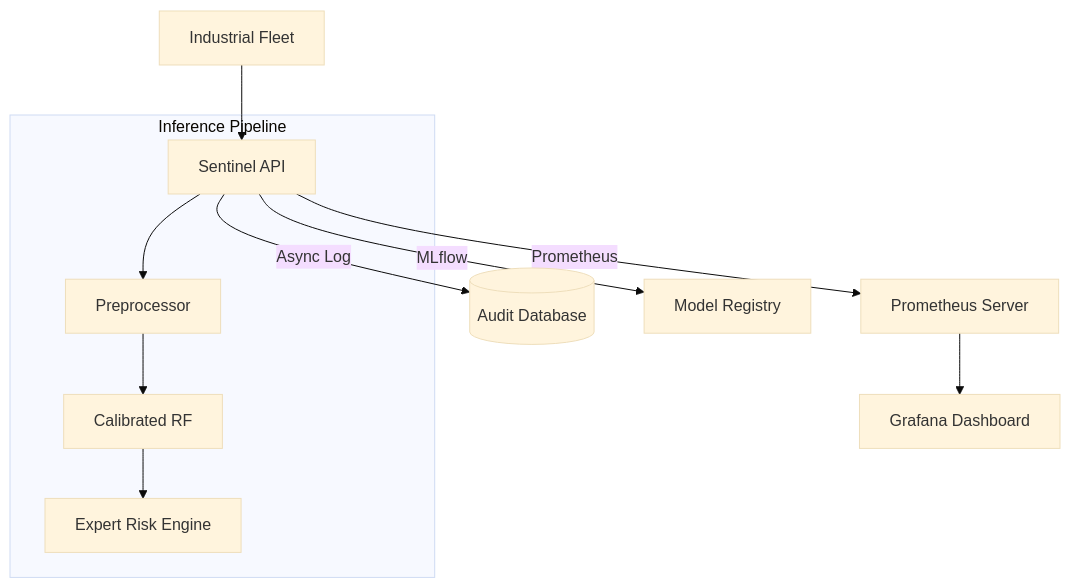
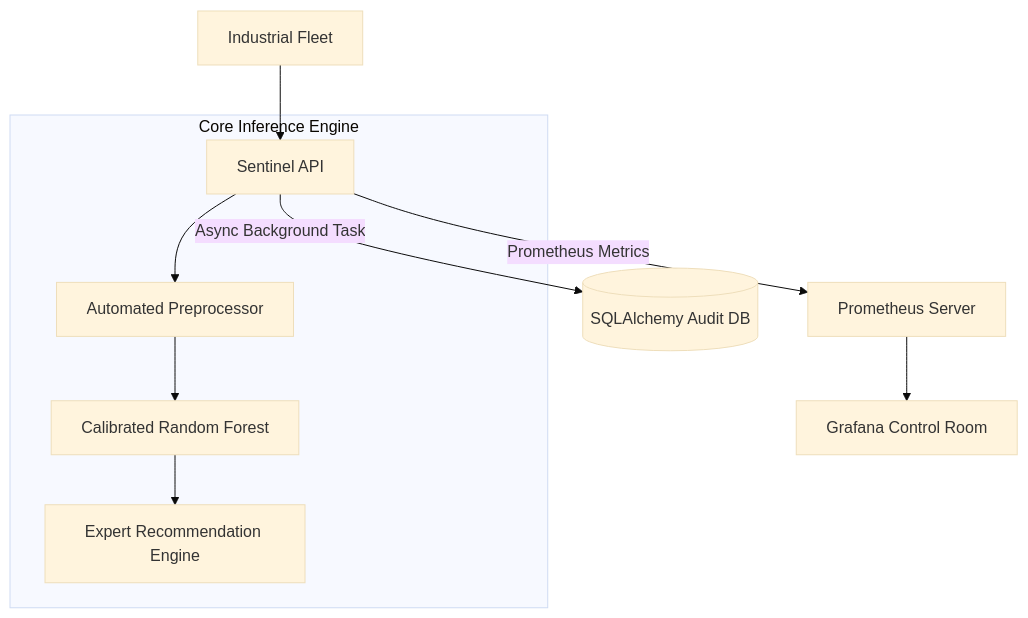
Before and after one commit to Chiheb-bt/predictive-maintenance: the diagram in README.md, drawn with Mermaid (base theme). The commit also changed other lines of this file and 3 other files, not shown here.

````diff
--- a/README.md
+++ b/README.md
@@ -49,14 +56,13 @@
 ```mermaid
 graph TD
     Sensors[Industrial Fleet] --> API[Sentinel API]
-    API -->|Async Log| DB[(Audit Database)]
-    API -->|Prometheus| PROM[Prometheus Server]
-    PROM --> GRAF[Grafana Dashboard]
-    API -->|MLflow| REG[Model Registry]
+    API -->|Async Background Task| DB[(SQLAlchemy Audit DB)]
+    API -->|Prometheus Metrics| PROM[Prometheus Server]
+    PROM --> GRAF[Grafana Control Room]
     
-    subgraph "Inference Pipeline"
-        API --> PRE[Preprocessor]
-        PRE --> RF[Calibrated RF]
-        RF --> RISK[Expert Risk Engine]
+    subgraph "Core Inference Engine"
+        API --> PRE[Automated Preprocessor]
+        PRE --> RF[Calibrated Random Forest]
+        RF --> RISK[Expert Recommendation Engine]
     end
 ```
````
